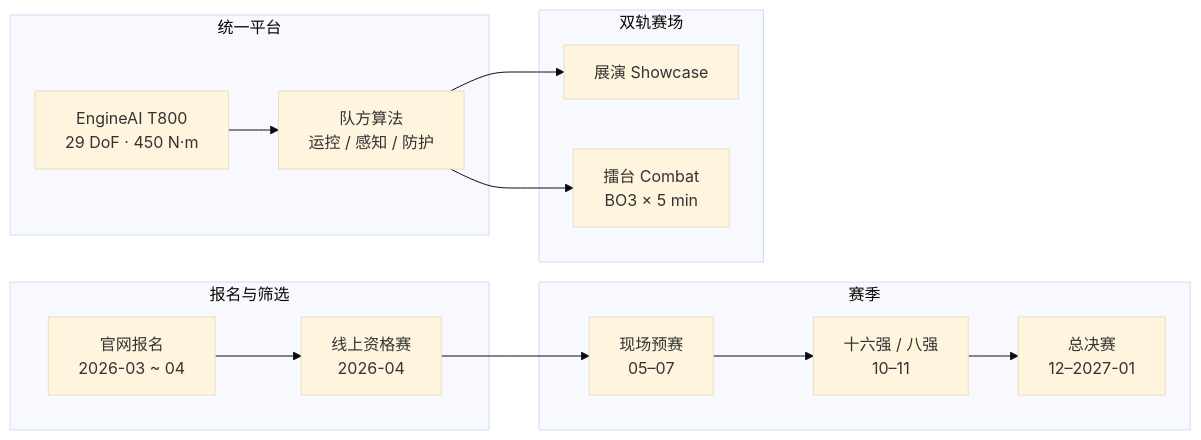
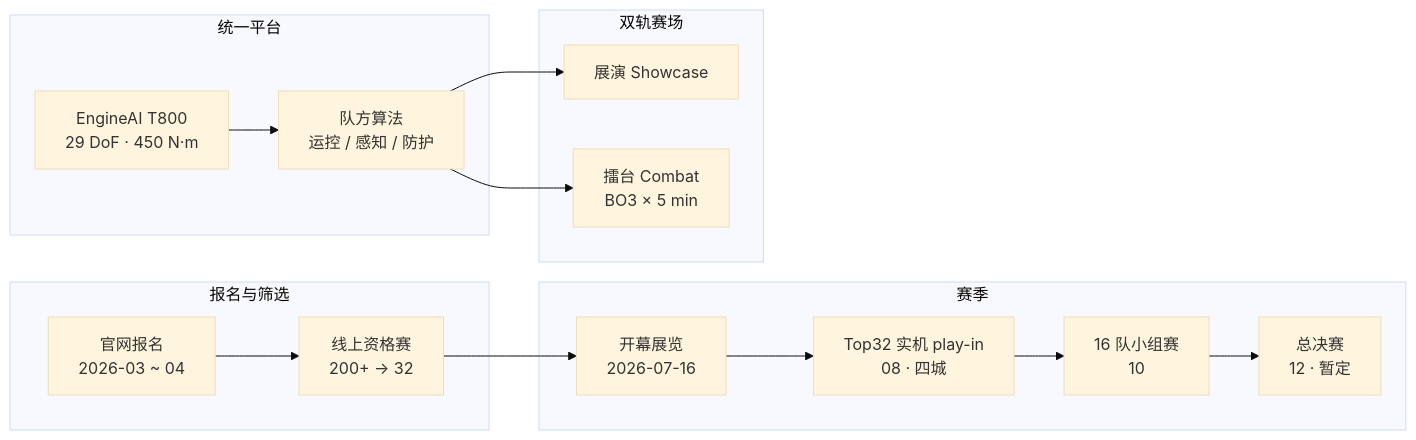
Before and after one commit to ImChong/Robotics_Notebooks: the diagram in wiki/entities/urkl.md, drawn with Mermaid (base theme). The commit also changed other lines of this file and 14 other files, not shown here.

````diff
--- a/wiki/entities/urkl.md
+++ b/wiki/entities/urkl.md
@@ -45,25 +48,26 @@
 ```mermaid
 flowchart LR
   subgraph reg [报名与筛选]
     WEB["官网报名<br/>2026-03 ~ 04"]
-    ONLINE["线上资格赛<br/>2026-04"]
+    ONLINE["线上资格赛<br/>200+ → 32"]
     WEB --> ONLINE
   end
   subgraph season [赛季]
-    PRE["现场预赛<br/>05–07"]
-    KO["十六强 / 八强<br/>10–11"]
-    FINAL["总决赛<br/>12–2027-01"]
-    ONLINE --> PRE --> KO --> FINAL
+    OPEN["开幕展览<br/>2026-07-16"]
+    PLAYIN["Top32 实机 play-in<br/>08 · 四城"]
+    GROUP["16 队小组赛<br/>10"]
+    FINAL["总决赛<br/>12 · 暂定"]
+    ONLINE --> OPEN --> PLAYIN --> GROUP --> FINAL
   end
   subgraph platform [统一平台]
     T800["EngineAI T800<br/>29 DoF · 450 N·m"]
     ALG["队方算法<br/>运控 / 感知 / 防护"]
     T800 --> ALG
   end
   subgraph arena [双轨赛场]
     EXPO["展演 Showcase"]
     FIGHT["擂台 Combat<br/>BO3 × 5 min"]
     ALG --> EXPO
     ALG --> FIGHT
   end
 ```
````
